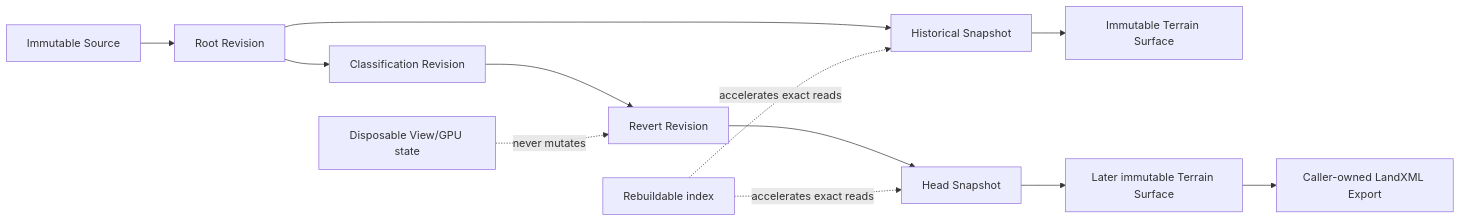
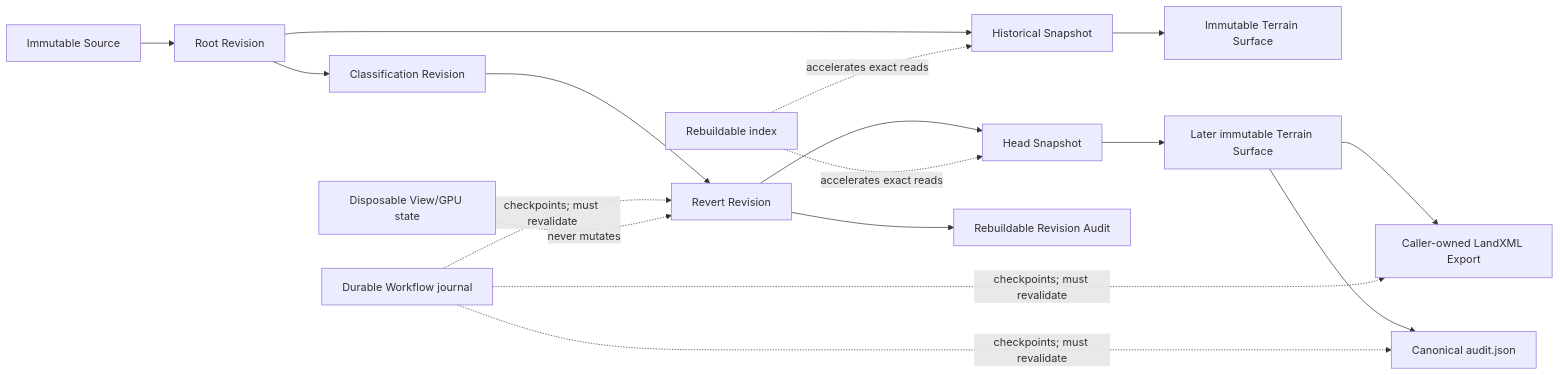
Before and after one commit to xxibcill/punctra: diagram 11 of 11 in docs/architecture/workflows.md, drawn with Mermaid. The commit also changed other lines of this file and 27 other files, not shown here.

```diff
--- a/docs/architecture/workflows.md
+++ b/docs/architecture/workflows.md
@@ -327,14 +403,19 @@
 ~~~mermaid
 flowchart LR
     SRC["Immutable Source"] --> R0["Root Revision"]
     R0 --> R1["Classification Revision"]
     R1 --> R2["Revert Revision"]
     R0 --> S0["Historical Snapshot"]
     R2 --> S2["Head Snapshot"]
     IDX["Rebuildable index"] -. "accelerates exact reads" .-> S0
     IDX -. "accelerates exact reads" .-> S2
     S0 --> T0["Immutable Terrain Surface"]
     S2 --> T2["Later immutable Terrain Surface"]
     T2 --> XML["Caller-owned LandXML Export"]
+    R2 --> AUD["Rebuildable Revision Audit"]
+    T2 --> REP["Canonical audit.json"]
+    RUN["Durable Workflow journal"] -. "checkpoints; must revalidate" .-> R2
+    RUN -. "checkpoints; must revalidate" .-> XML
+    RUN -. "checkpoints; must revalidate" .-> REP
     VIEW["Disposable View/GPU state"] -. "never mutates" .-> R2
 ~~~
```
